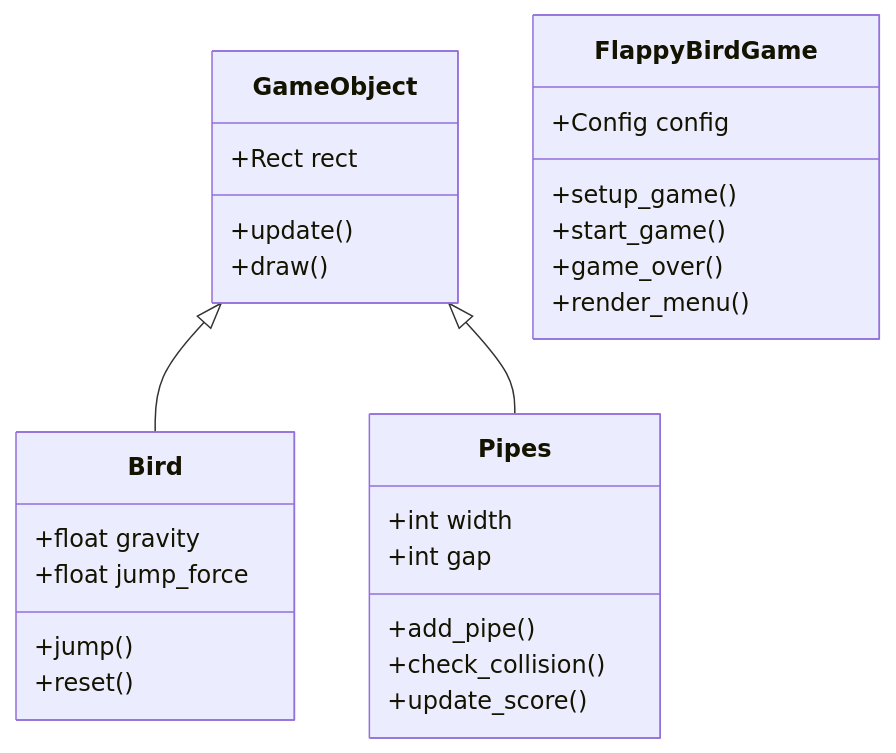
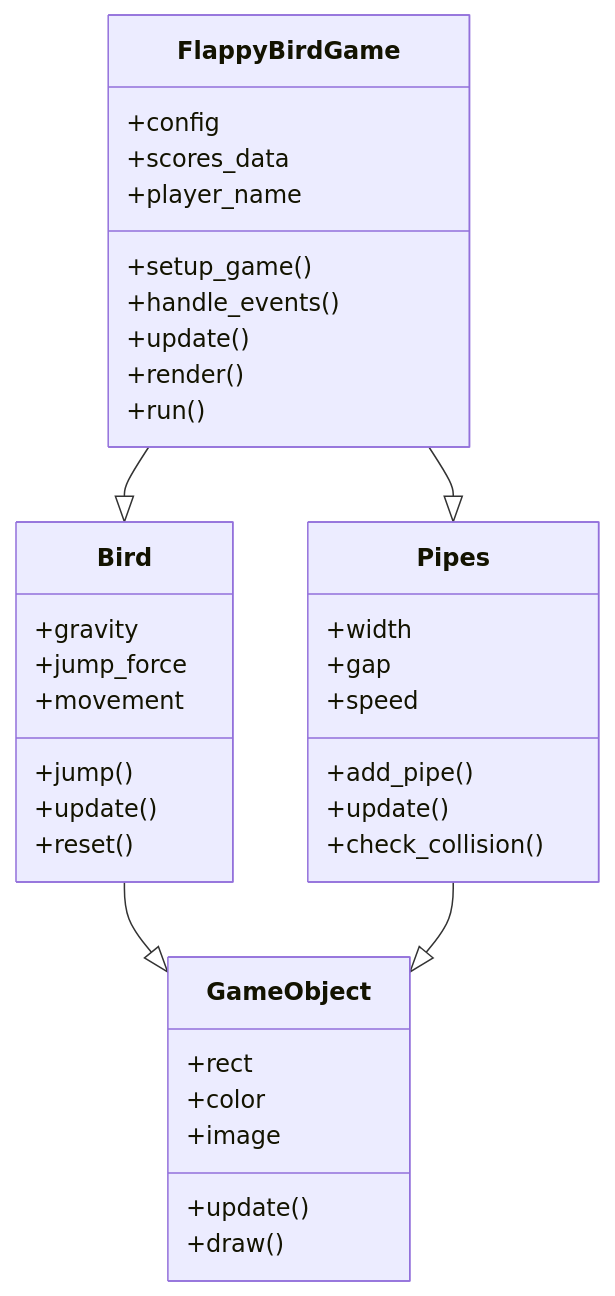
The diagram in README.md (M3RK0Z/Python-Flappy-Bird), drawn with Mermaid before and after one commit.

````diff
--- a/README.md
+++ b/README.md
@@ -60,34 +60,44 @@
 ```mermaid
 classDiagram
+    class FlappyBirdGame{
+        +config
+        +scores_data
+        +player_name
+        +setup_game()
+        +handle_events()
+        +update()
+        +render()
+        +run()
+    }
+    
+    class Bird{
+        +gravity
+        +jump_force
+        +movement
+        +jump()
+        +update()
+        +reset()
+    }
+    
+    class Pipes{
+        +width
+        +gap
+        +speed
+        +add_pipe()
+        +update()
+        +check_collision()
+    }
+    
     class GameObject{
-        +Rect rect
+        +rect
+        +color
+        +image
         +update()
         +draw()
     }
     
-    class Bird{
-        +float gravity
-        +float jump_force
-        +jump()
-        +reset()
-    }
-    
-    class Pipes{
-        +int width
-        +int gap
-        +add_pipe()
-        +check_collision()
-        +update_score()
-    }
-    
-    class FlappyBirdGame{
-        +Config config
-        +setup_game()
-        +start_game()
-        +game_over()
-        +render_menu()
-    }
-    
-    GameObject <|-- Bird
-    GameObject <|-- Pipes
+    FlappyBirdGame --|> Bird
+    FlappyBirdGame --|> Pipes
+    Bird --|> GameObject
+    Pipes --|> GameObject
 ```
````
